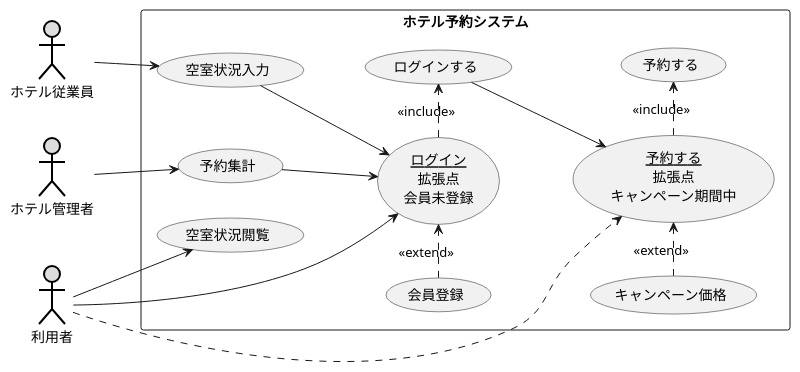
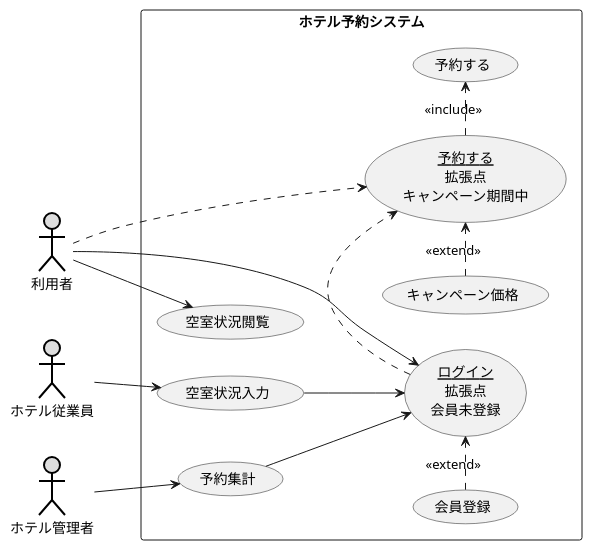
One commit to shinichiro2631/uml_intro changed the diagram in 演習2-8_UC_ホテル予約システム.pu. Above: the diagram before and after it, drawn with PlantUML. The commit also changed 1 other file, not shown here.

```diff
--- a/演習2-8_UC_ホテル予約システム.pu
+++ b/演習2-8_UC_ホテル予約システム.pu
@@ -1,29 +1,27 @@
 @startuml ユースケース図
 left to right direction
 actor 利用者 #DDDDDD;line:black;line.bold;
 actor ホテル従業員#DDDDDD;line:black;line.bold;
 actor ホテル管理者#DDDDDD;line:black;line.bold;
 rectangle ホテル予約システム{
-    usecase ログインする
     usecase 空室状況閲覧
     usecase 空室状況入力
     usecase 会員登録
     usecase キャンペーン価格
     usecase 予約集計
     usecase (<u>予約する</u>\n拡張点\nキャンペーン期間中) as input2
     usecase (<u>ログイン</u>\n拡張点\n会員未登録) as input
     usecase 予約する
 }
     (会員登録) .>input :<<extend>>
     利用者  --> input
-    input .> ログインする : << include >>
-    ログインする -->input2
+    input .> input2
     (キャンペーン価格) .>input2 :<<extend>>
     利用者 .> input2
     利用者-->空室状況閲覧
     input2 .>予約する  : << include >>
     空室状況入力 -->input
     予約集計 -->input
     ホテル管理者-->予約集計
     ホテル従業員 -->空室状況入力
 @enduml
```
